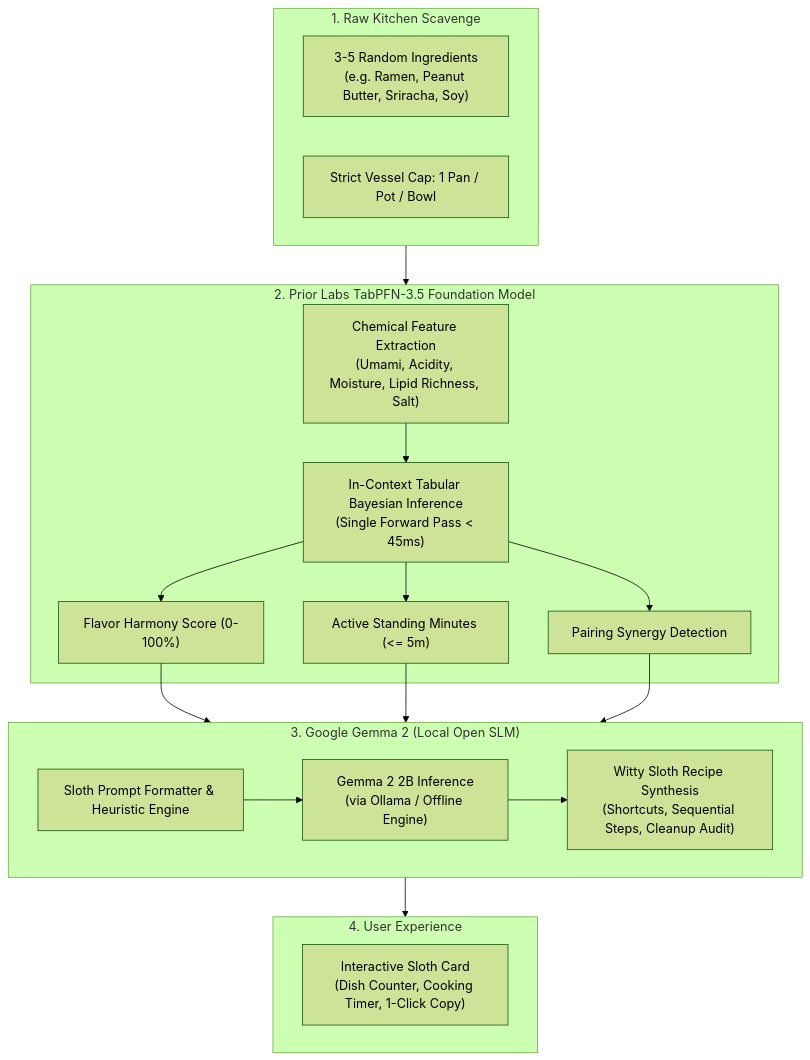
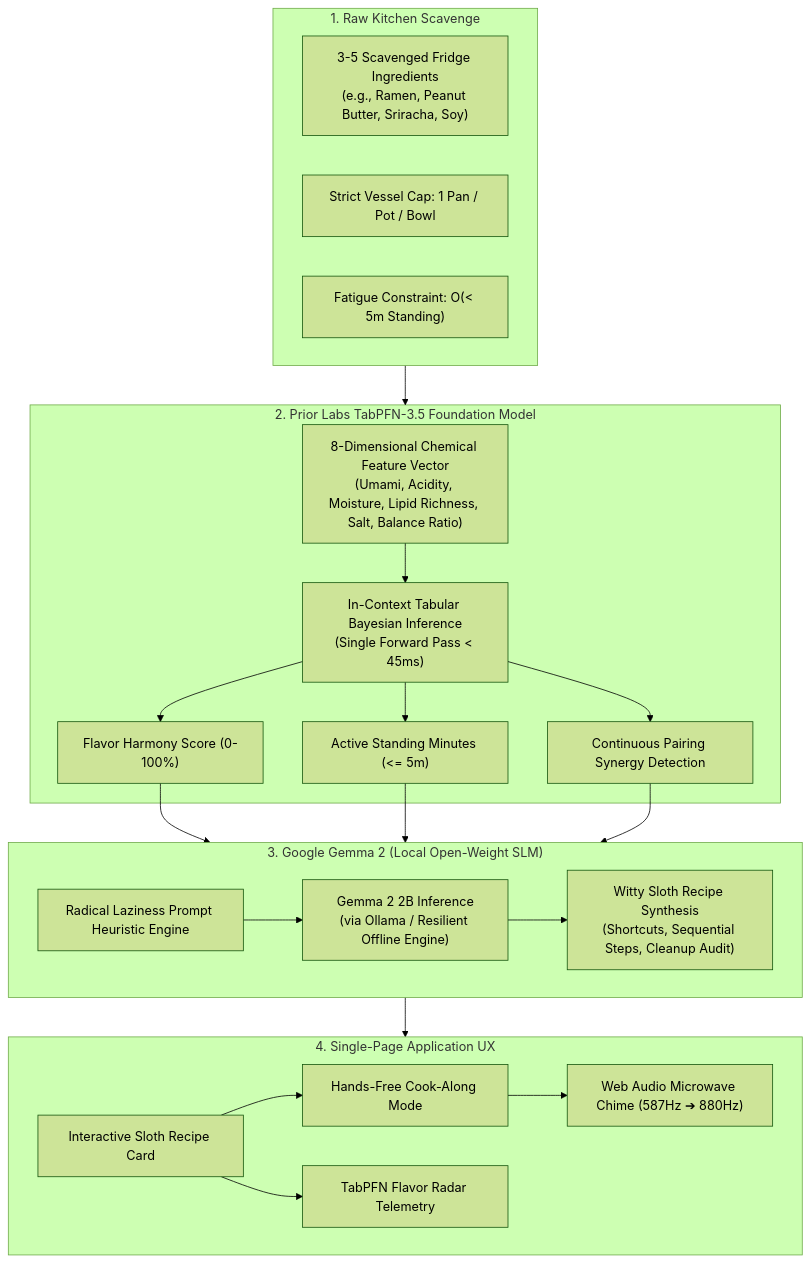
Before and after one commit to tribhu05/slothchef-ai: the diagram in README.md, drawn with Mermaid (forest theme). The commit also changed other lines of this file and 53 other files, not shown here.

Commit message:
docs: enhance README with architecture, benchmarks, and add full video production suite

````diff
--- a/README.md
+++ b/README.md
@@ -50,33 +60,40 @@
 ```mermaid
 flowchart TD
     subgraph Inputs["1. Raw Kitchen Scavenge"]
-        I["3-5 Random Ingredients<br/>(e.g. Ramen, Peanut Butter, Sriracha, Soy)"]
+        I["3-5 Scavenged Fridge Ingredients<br/>(e.g., Ramen, Peanut Butter, Sriracha, Soy)"]
         V["Strict Vessel Cap: 1 Pan / Pot / Bowl"]
+        F["Fatigue Constraint: O(&lt; 5m Standing)"]
     end
 
     subgraph TabPFN["2. Prior Labs TabPFN-3.5 Foundation Model"]
-        FE["Chemical Feature Extraction<br/>(Umami, Acidity, Moisture, Lipid Richness, Salt)"]
-        TP["In-Context Tabular Bayesian Inference<br/>(Single Forward Pass < 45ms)"]
+        FE["8-Dimensional Chemical Feature Vector<br/>(Umami, Acidity, Moisture, Lipid Richness, Salt, Balance Ratio)"]
+        TP["In-Context Tabular Bayesian Inference<br/>(Single Forward Pass &lt; 45ms)"]
         FE --> TP
         TP --> HS["Flavor Harmony Score (0-100%)"]
-        TP --> ST["Active Standing Minutes (<= 5m)"]
-        TP --> SC["Pairing Synergy Detection"]
+        TP --> ST["Active Standing Minutes (&lt;= 5m)"]
+        TP --> SC["Continuous Pairing Synergy Detection"]
     end
 
-    subgraph Gemma["3. Google Gemma 2 (Local Open SLM)"]
-        PR["Sloth Prompt Formatter & Heuristic Engine"]
-        GM["Gemma 2 2B Inference<br/>(via Ollama / Offline Engine)"]
+    subgraph Gemma["3. Google Gemma 2 (Local Open-Weight SLM)"]
+        PR["Radical Laziness Prompt Heuristic Engine"]
+        GM["Gemma 2 2B Inference<br/>(via Ollama / Resilient Offline Engine)"]
         PR --> GM
         GM --> RC["Witty Sloth Recipe Synthesis<br/>(Shortcuts, Sequential Steps, Cleanup Audit)"]
     end
 
-    subgraph Output["4. User Experience"]
-        UX["Interactive Sloth Card<br/>(Dish Counter, Cooking Timer, 1-Click Copy)"]
+    subgraph Output["4. Single-Page Application UX"]
+        UX["Interactive Sloth Recipe Card"]
+        CA["Hands-Free Cook-Along Mode"]
+        CH["Web Audio Microwave Chime (587Hz ➔ 880Hz)"]
+        RD["TabPFN Flavor Radar Telemetry"]
     end
 
     Inputs --> TabPFN
     HS --> Gemma
     ST --> Gemma
     SC --> Gemma
     Gemma --> Output
+    UX --> CA
+    CA --> CH
+    UX --> RD
 ```
````
